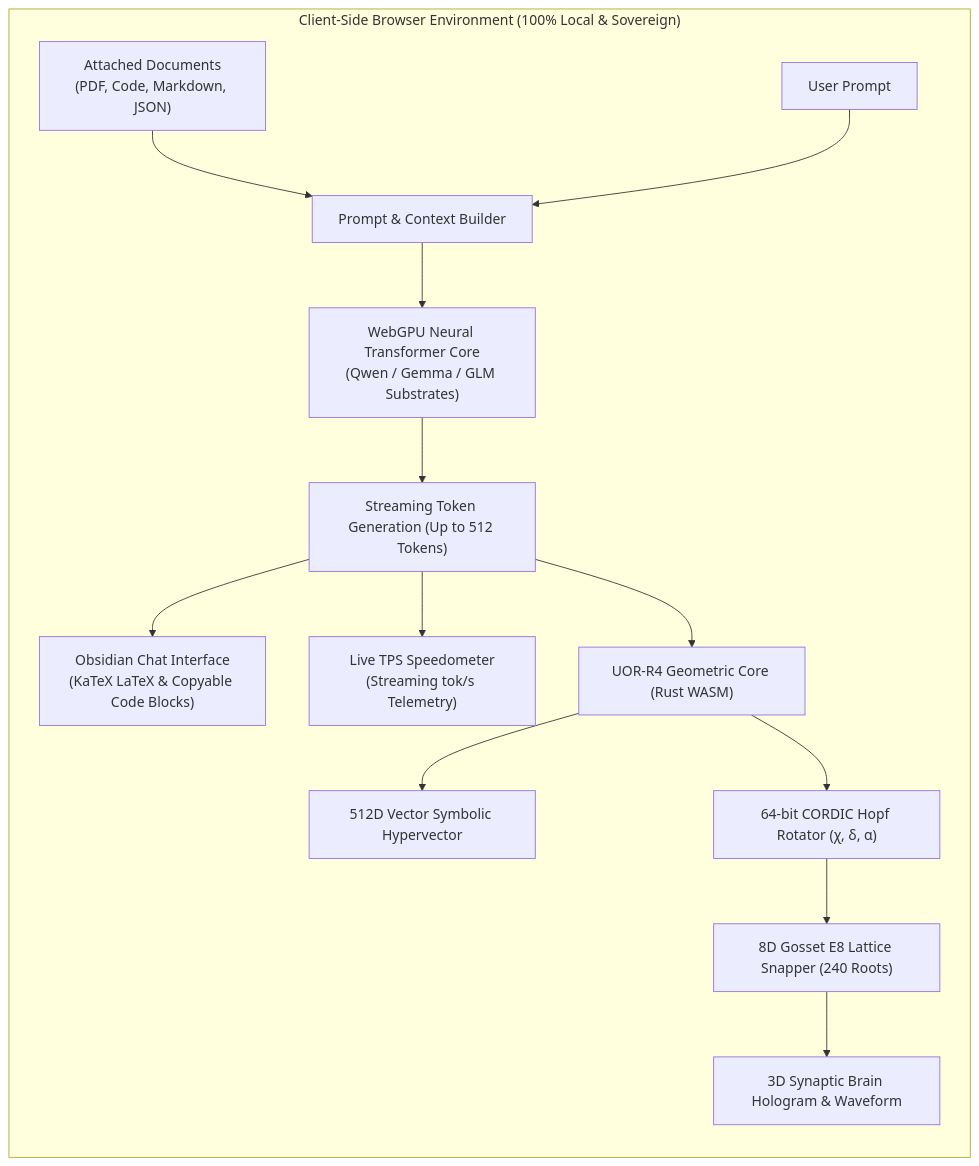
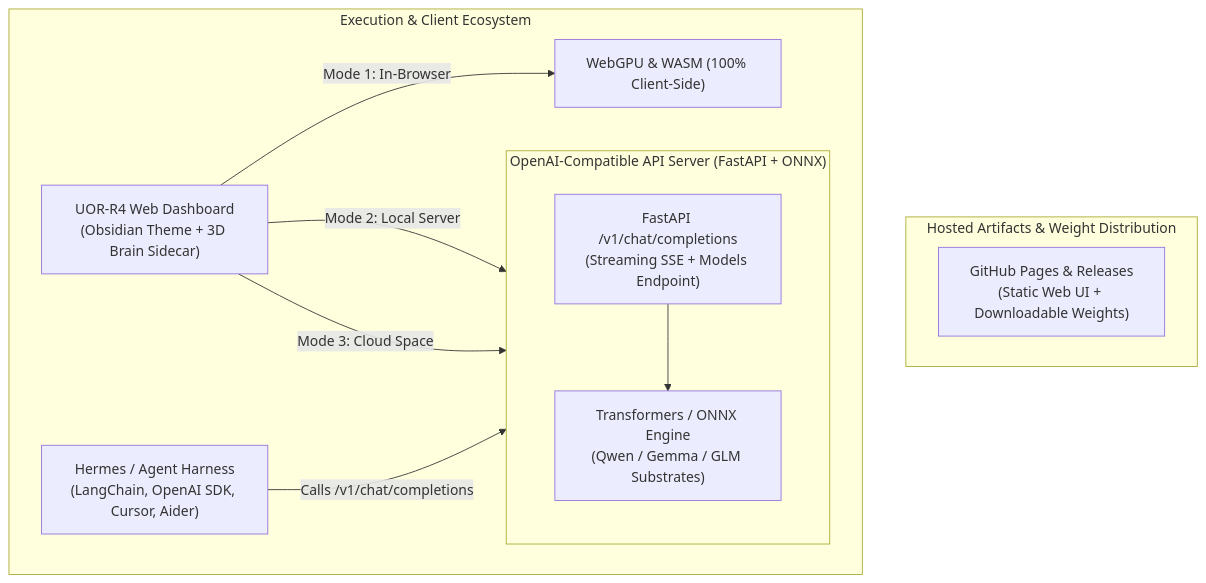
Before and after one commit to Casey-allard/uor-r4-wasm-chat: the diagram in README.md, drawn with Mermaid. The commit also changed other lines of this file and 9 other files, not shown here.

Commit message:
feat: add OpenAI-compatible API server, Hermes agent harness, and Web UI multi-backend switcher

````diff
--- a/README.md
+++ b/README.md
@@ -73,19 +75,23 @@
 ```mermaid
-flowchart LR
-    subgraph Browser ["Client-Side Browser Environment (100% Local & Sovereign)"]
-        Docs["Attached Documents<br/>(PDF, Code, Markdown, JSON)"] --> PromptBuilder["Prompt & Context Builder"]
-        UserPrompt["User Prompt"] --> PromptBuilder
+flowchart TD
+    subgraph Storage ["Hosted Artifacts & Weight Distribution"]
+        GHPages["GitHub Pages & Releases<br/>(Static Web UI + Downloadable Weights)"]
+    end
+
+    subgraph BackendAPI ["OpenAI-Compatible API Server (FastAPI + ONNX)"]
+        FastAPI["FastAPI /v1/chat/completions<br/>(Streaming SSE + Models Endpoint)"]
+        Engine["Transformers / ONNX Engine<br/>(Qwen / Gemma / GLM Substrates)"]
+        FastAPI --> Engine
+    end
+
+    subgraph Modes ["Execution & Client Ecosystem"]
+        WebUI["UOR-R4 Web Dashboard<br/>(Obsidian Theme + 3D Brain Sidecar)"]
+        Harness["Hermes / Agent Harness<br/>(LangChain, OpenAI SDK, Cursor, Aider)"]
         
-        PromptBuilder --> WebGPU["WebGPU Neural Transformer Core<br/>(Qwen / Gemma / GLM Substrates)"]
-        WebGPU --> TokenStream["Streaming Token Generation (Up to 512 Tokens)"]
+        WebUI -->|Mode 1: In-Browser| InBrowser["WebGPU & WASM (100% Client-Side)"]
+        WebUI -->|Mode 2: Local Server| BackendAPI
+        WebUI -->|Mode 3: Cloud Space| BackendAPI
         
-        TokenStream --> ChatOutput["Obsidian Chat Interface<br/>(KaTeX LaTeX & Copyable Code Blocks)"]
-        TokenStream --> TPSMeter["Live TPS Speedometer<br/>(Streaming tok/s Telemetry)"]
-        
-        TokenStream --> WASM["UOR-R4 Geometric Core (Rust WASM)"]
-        WASM --> VSA["512D Vector Symbolic Hypervector"]
-        WASM --> CORDIC["64-bit CORDIC Hopf Rotator (χ, δ, α)"]
-        CORDIC --> E8["8D Gosset E8 Lattice Snapper (240 Roots)"]
-        E8 --> Brain["3D Synaptic Brain Hologram & Waveform"]
+        Harness -->|Calls /v1/chat/completions| BackendAPI
     end
 ```
````
